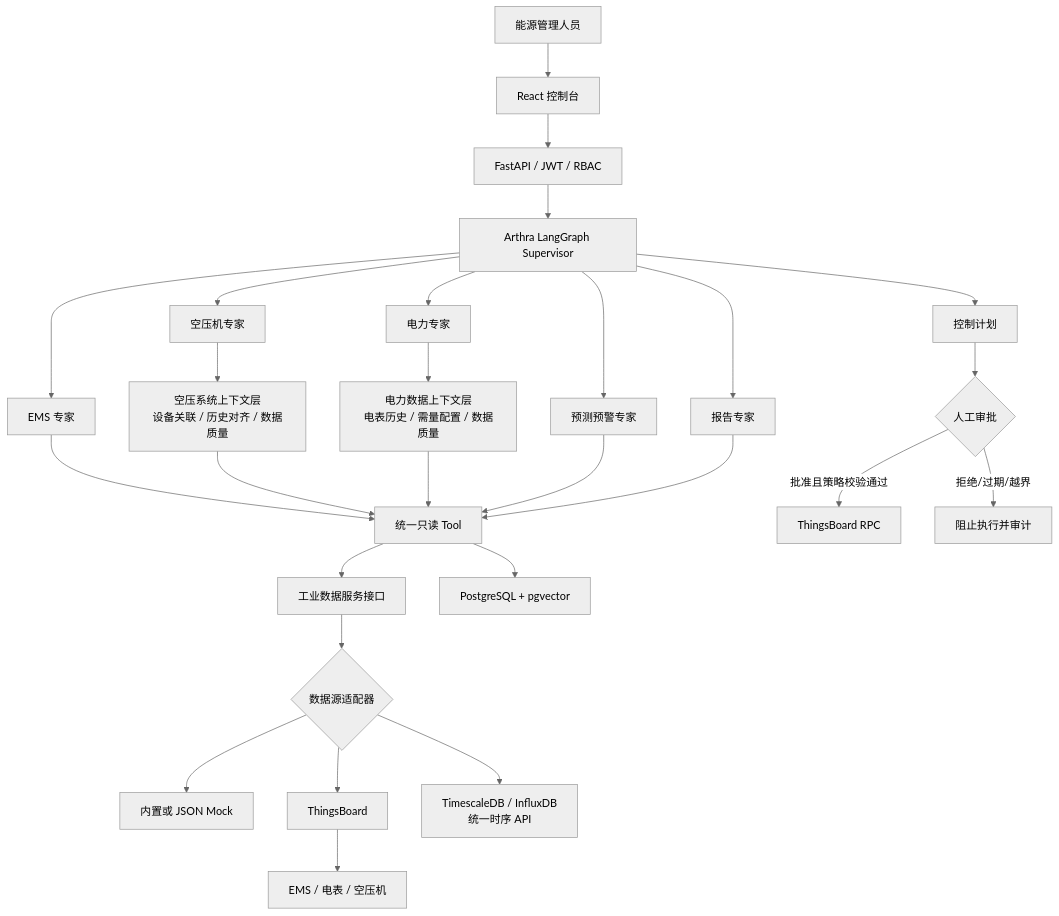
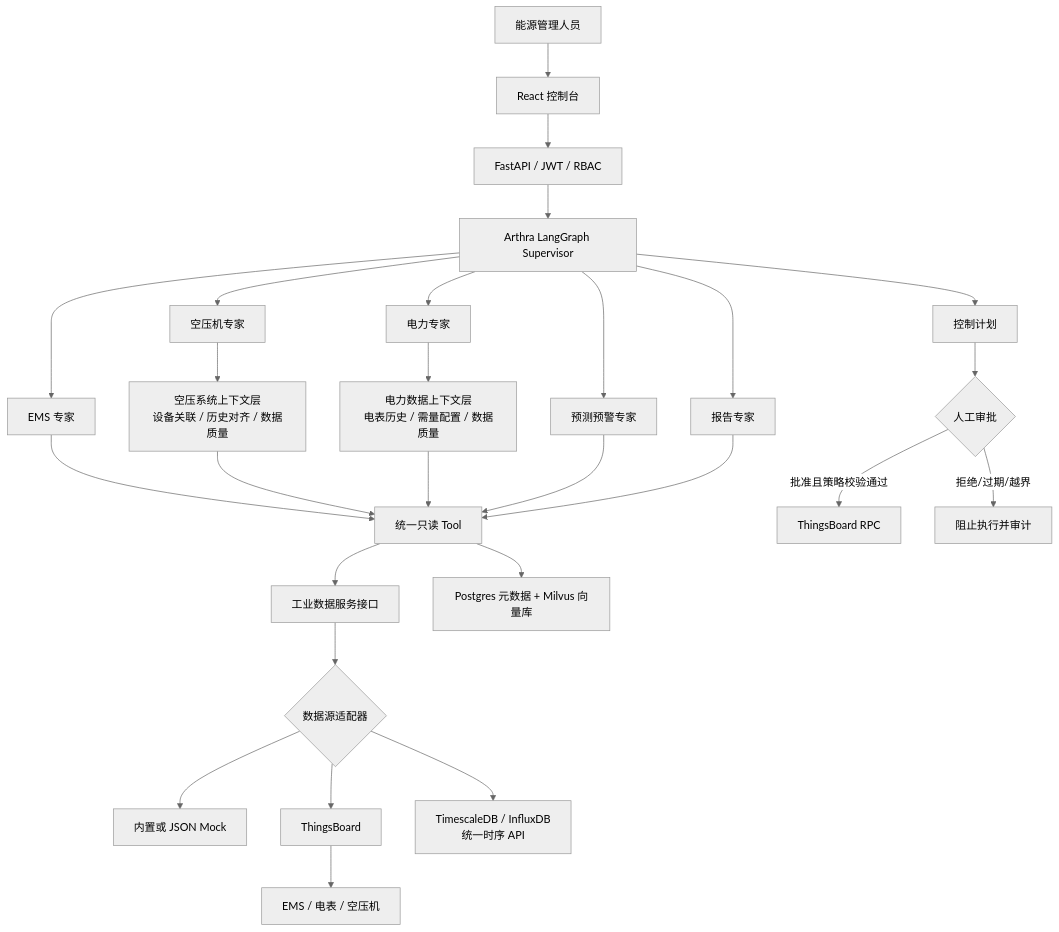
One commit to shanbingshen/agent changed the diagram in README.md. Above: the diagram before and after it, drawn with Mermaid (neutral theme). The commit also changed other lines of this file and 60 other files, not shown here.

````diff
--- a/README.md
+++ b/README.md
@@ -25,25 +25,25 @@
 ```mermaid
 flowchart TB
     User["能源管理人员"] --> Web["React 控制台"]
     Web --> API["FastAPI / JWT / RBAC"]
     API --> Brain["Arthra LangGraph Supervisor"]
     Brain --> EMS["EMS 专家"]
     Brain --> Power["电力专家"]
     Brain --> Air["空压机专家"]
     Brain --> Forecast["预测预警专家"]
     Brain --> Report["报告专家"]
     Air --> AirContext["空压系统上下文层<br/>设备关联 / 历史对齐 / 数据质量"]
     Power --> PowerContext["电力数据上下文层<br/>电表历史 / 需量配置 / 数据质量"]
     EMS & AirContext & PowerContext & Forecast & Report --> Tools["统一只读 Tool"]
     Tools --> IDS["工业数据服务接口"]
     IDS --> Select{"数据源适配器"}
     Select --> Mock["内置或 JSON Mock"]
     Select --> TB["ThingsBoard"]
     Select --> TS["TimescaleDB / InfluxDB<br/>统一时序 API"]
-    Tools --> RAG["PostgreSQL + pgvector"]
+    Tools --> RAG["Postgres 元数据 + Milvus 向量库"]
     TB --> Device["EMS / 电表 / 空压机"]
     Brain --> Plan["控制计划"]
     Plan --> Approval{"人工审批"}
     Approval -->|批准且策略校验通过| RPC["ThingsBoard RPC"]
     Approval -->|拒绝/过期/越界| Block["阻止执行并审计"]
 ```
````
